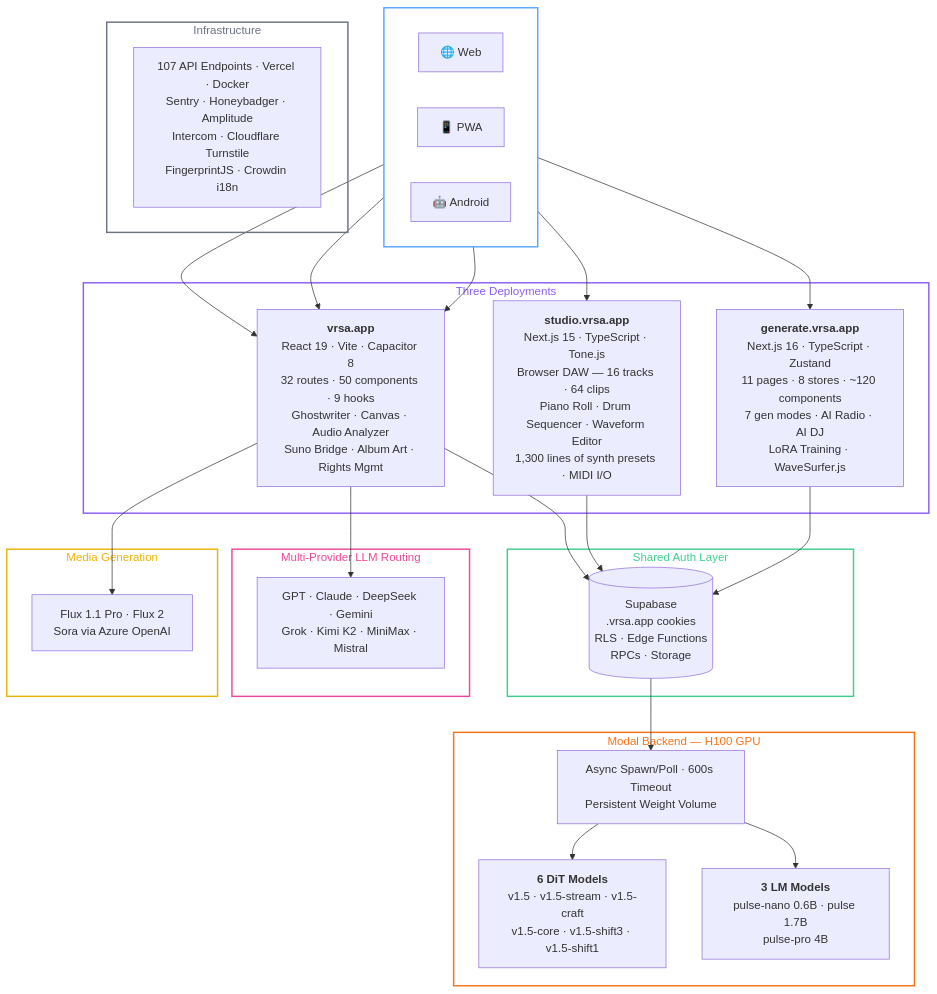
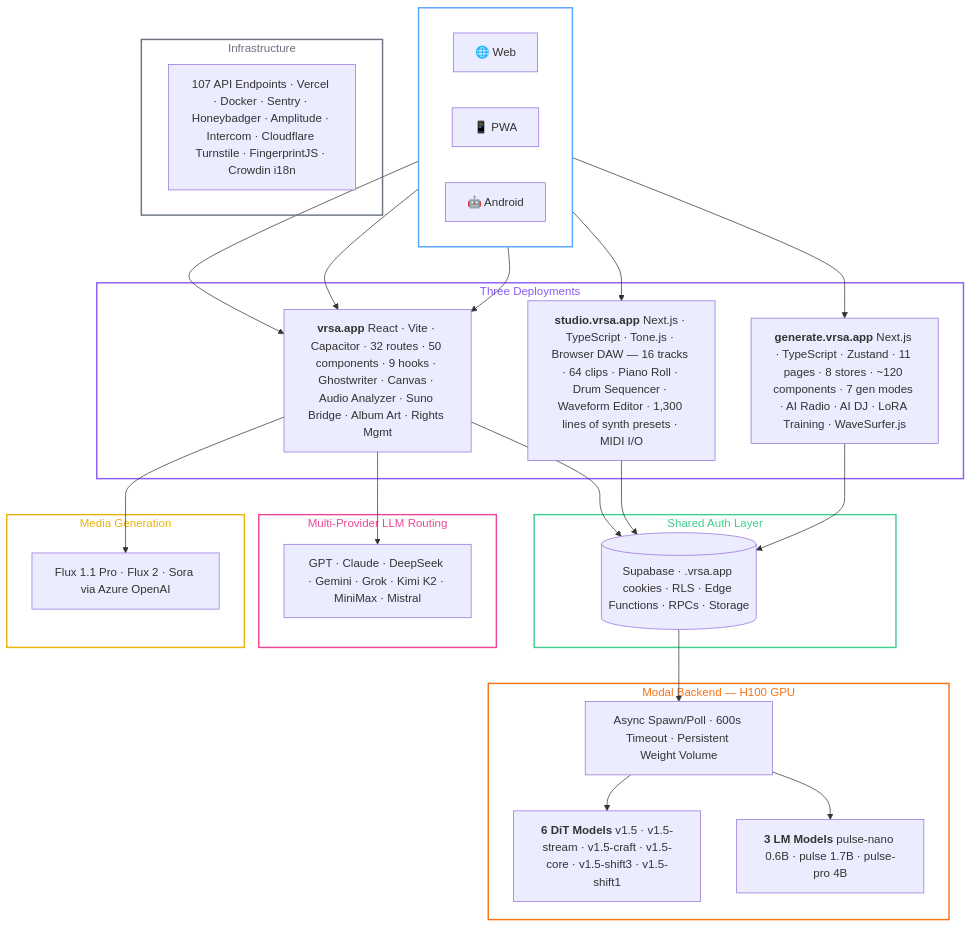
One commit to theelderemo/theelderemo changed the diagram in readme.md. Above: the diagram before and after it, drawn with Mermaid.

Commit message:
Refactor README to streamline project descriptions and improve formatting for better readability.

````diff
--- a/readme.md
+++ b/readme.md
@@ -61,59 +61,59 @@
 ```mermaid
 graph TB
     subgraph USER [" "]
         direction LR
         Web["🌐 Web"]
         PWA["📱 PWA"]
         Android["🤖 Android"]
     end
 
     Web & PWA & Android --> A
 
     subgraph APPS ["Three Deployments"]
-        A["<b>vrsa.app</b>\nReact 19 · Vite · Capacitor 8\n32 routes · 50 components · 9 hooks\nGhostwriter · Canvas · Audio Analyzer\nSuno Bridge · Album Art · Rights Mgmt"]
+        A["<b>vrsa.app</b> React · Vite · Capacitor · 32 routes · 50 components · 9 hooks · Ghostwriter · Canvas · Audio Analyzer · Suno Bridge · Album Art · Rights Mgmt"]
 
-        B["<b>studio.vrsa.app</b>\nNext.js 15 · TypeScript · Tone.js\nBrowser DAW — 16 tracks · 64 clips\nPiano Roll · Drum Sequencer · Waveform Editor\n1,300 lines of synth presets · MIDI I/O"]
+        B["<b>studio.vrsa.app</b> Next.js · TypeScript · Tone.js · Browser DAW — 16 tracks · 64 clips · Piano Roll · Drum Sequencer · Waveform Editor · 1,300 lines of synth presets · MIDI I/O"]
 
-        C["<b>generate.vrsa.app</b>\nNext.js 16 · TypeScript · Zustand\n11 pages · 8 stores · ~120 components\n7 gen modes · AI Radio · AI DJ\nLoRA Training · WaveSurfer.js"]
+        C["<b>generate.vrsa.app</b> Next.js · TypeScript · Zustand · 11 pages · 8 stores · ~120 components · 7 gen modes · AI Radio · AI DJ · LoRA Training · WaveSurfer.js"]
     end
 
     Web --> B & C
 
     subgraph AUTH ["Shared Auth Layer"]
-        D[("Supabase\n.vrsa.app cookies\nRLS · Edge Functions\nRPCs · Storage")]
+        D[("Supabase · .vrsa.app cookies · RLS · Edge Functions · RPCs · Storage")]
     end
 
     A & B & C --> D
 
     subgraph GPU ["Modal Backend — H100 GPU"]
-        E["Async Spawn/Poll · 600s Timeout\nPersistent Weight Volume"]
-        E --> F["<b>6 DiT Models</b>\nv1.5 · v1.5-stream · v1.5-craft\nv1.5-core · v1.5-shift3 · v1.5-shift1"]
-        E --> G["<b>3 LM Models</b>\npulse-nano 0.6B · pulse 1.7B\npulse-pro 4B"]
+        E["Async Spawn/Poll · 600s Timeout · Persistent Weight Volume"]
+        E --> F["<b>6 DiT Models</b> v1.5 · v1.5-stream · v1.5-craft · v1.5-core · v1.5-shift3 · v1.5-shift1"]
+        E --> G["<b>3 LM Models</b> pulse-nano 0.6B · pulse 1.7B · pulse-pro 4B"]
     end
 
     D --> E
 
     subgraph LLM ["Multi-Provider LLM Routing"]
-        H["GPT · Claude · DeepSeek · Gemini\nGrok · Kimi K2 · MiniMax · Mistral"]
+        H["GPT · Claude · DeepSeek · Gemini · Grok · Kimi K2 · MiniMax · Mistral"]
     end
 
     A --> H
 
     subgraph MEDIA ["Media Generation"]
-        I["Flux 1.1 Pro · Flux 2\nSora via Azure OpenAI"]
+        I["Flux 1.1 Pro · Flux 2 · Sora via Azure OpenAI"]
     end
 
     A --> I
 
     subgraph INFRA ["Infrastructure"]
-        J["107 API Endpoints · Vercel · Docker\nSentry · Honeybadger · Amplitude\nIntercom · Cloudflare Turnstile\nFingerprintJS · Crowdin i18n"]
+        J["107 API Endpoints · Vercel · Docker · Sentry · Honeybadger · Amplitude · Intercom · Cloudflare Turnstile · FingerprintJS · Crowdin i18n"]
     end
 
     style USER fill:transparent,stroke:#58A6FF,stroke-width:2px,color:#58A6FF
     style APPS fill:transparent,stroke:#8B5CF6,stroke-width:2px,color:#8B5CF6
     style AUTH fill:transparent,stroke:#3ECF8E,stroke-width:2px,color:#3ECF8E
     style GPU fill:transparent,stroke:#F97316,stroke-width:2px,color:#F97316
     style LLM fill:transparent,stroke:#EC4899,stroke-width:2px,color:#EC4899
     style MEDIA fill:transparent,stroke:#EAB308,stroke-width:2px,color:#EAB308
     style INFRA fill:transparent,stroke:#6B7280,stroke-width:2px,color:#6B7280
 ```
````
